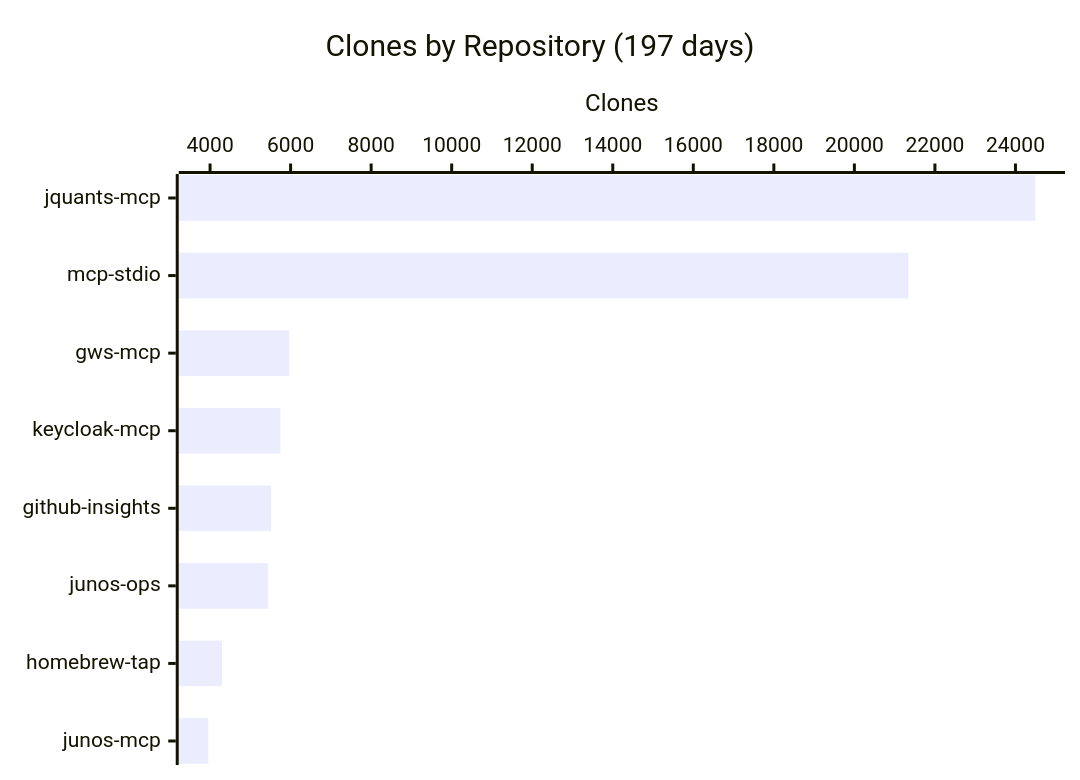
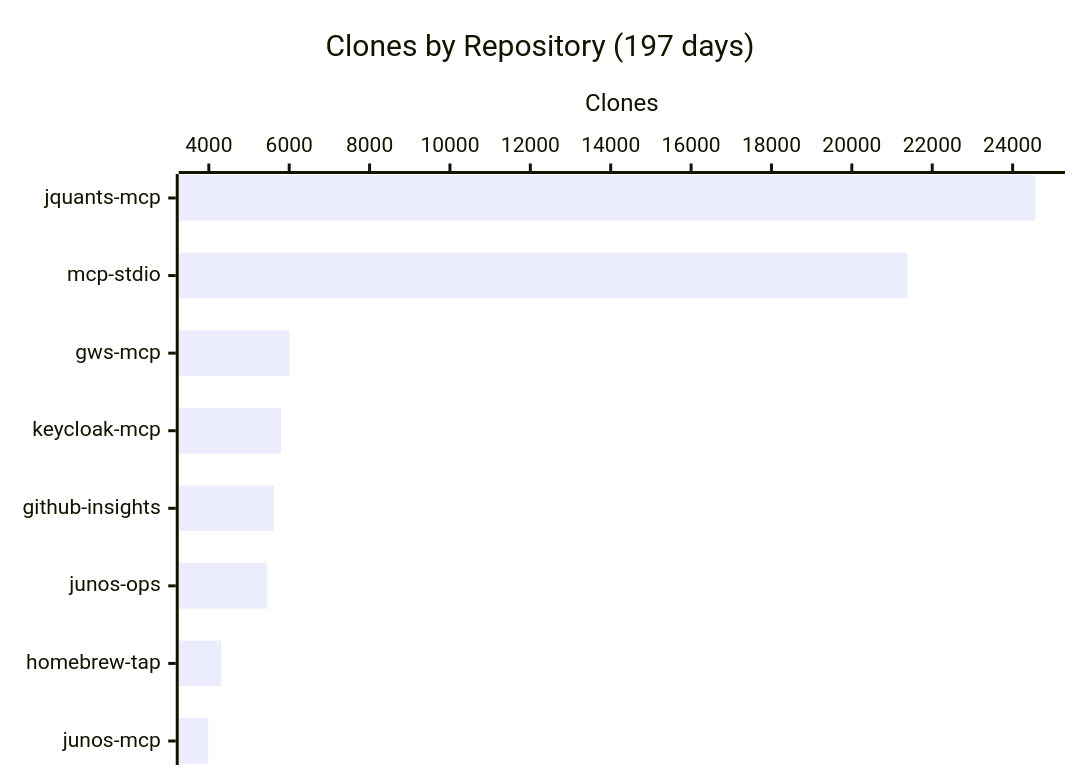
Before and after one commit to shigechika/github-insights: the fourth of 4 diagrams in README.md, drawn with Mermaid. The commit also changed other lines of this file and 2 other files, not shown here.

````diff
--- a/README.md
+++ b/README.md
@@ -58,7 +58,7 @@
 ```mermaid
 xychart-beta horizontal
     title "Clones by Repository (197 days)"
     x-axis ["jquants-mcp", "mcp-stdio", "gws-mcp", "keycloak-mcp", "github-insights", "junos-ops", "homebrew-tap", "junos-mcp"]
     y-axis "Clones"
-    bar [24495, 21341, 5968, 5747, 5519, 5440, 4295, 3957]
+    bar [24567, 21382, 6007, 5804, 5620, 5451, 4308, 3988]
 ```
````
